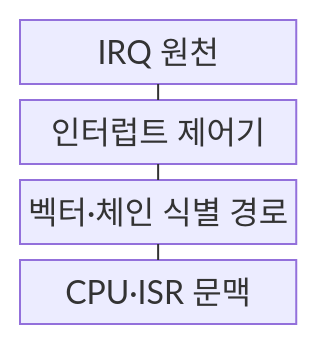
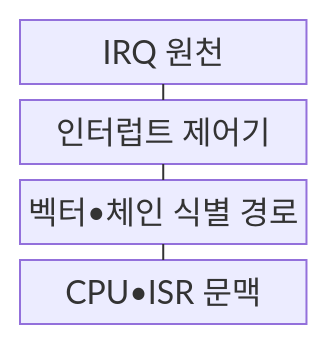
The first of 2 diagrams in src/content/docs/notes/02-hardware/034_interrupt_handling.md (agnusdei1207/knowledge-base), drawn with Mermaid before and after one commit. The commit also changed other lines of this file and 953 other files, not shown here.

````diff
--- a/src/content/docs/notes/02-hardware/034_interrupt_handling.md
+++ b/src/content/docs/notes/02-hardware/034_interrupt_handling.md
@@ -65,11 +65,11 @@
 ```mermaid
 block
     columns 1
     D["IRQ 원천"]
     C["인터럽트 제어기"]
-    I["벡터·체인 식별 경로"]
-    P["CPU·ISR 문맥"]
+    I["벡터•체인 식별 경로"]
+    P["CPU•ISR 문맥"]
     D --- C
     C --- I
     I --- P
 ```
````
